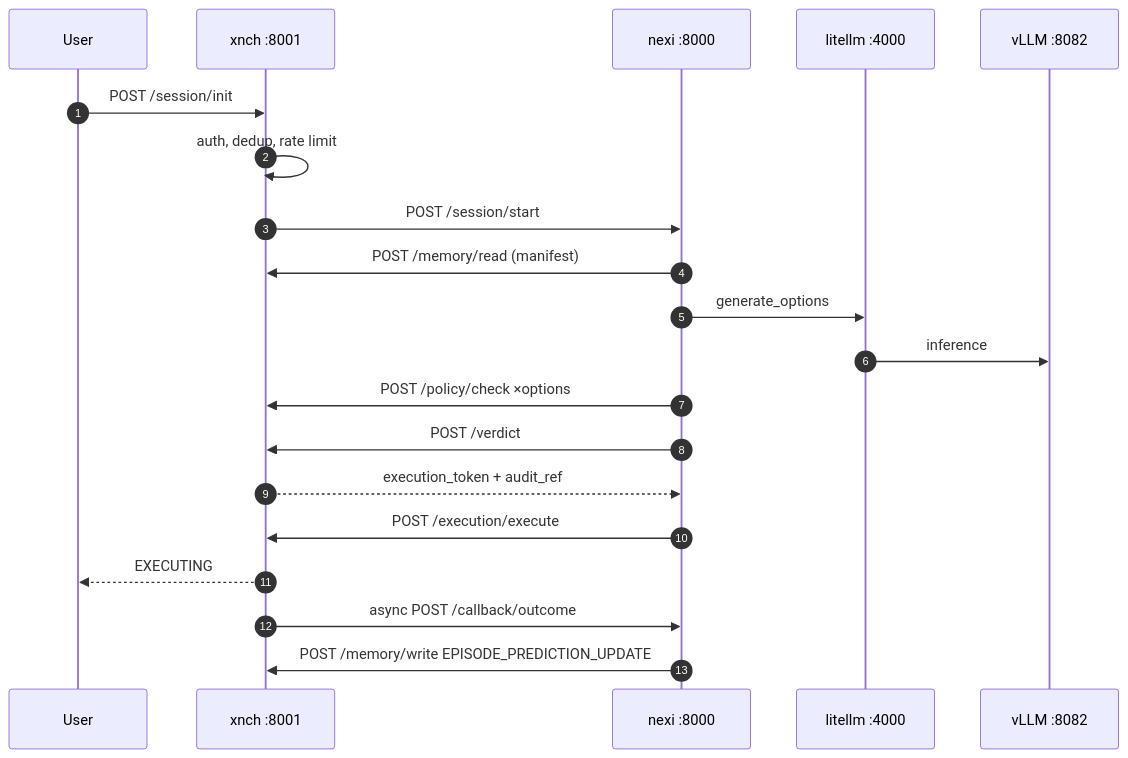
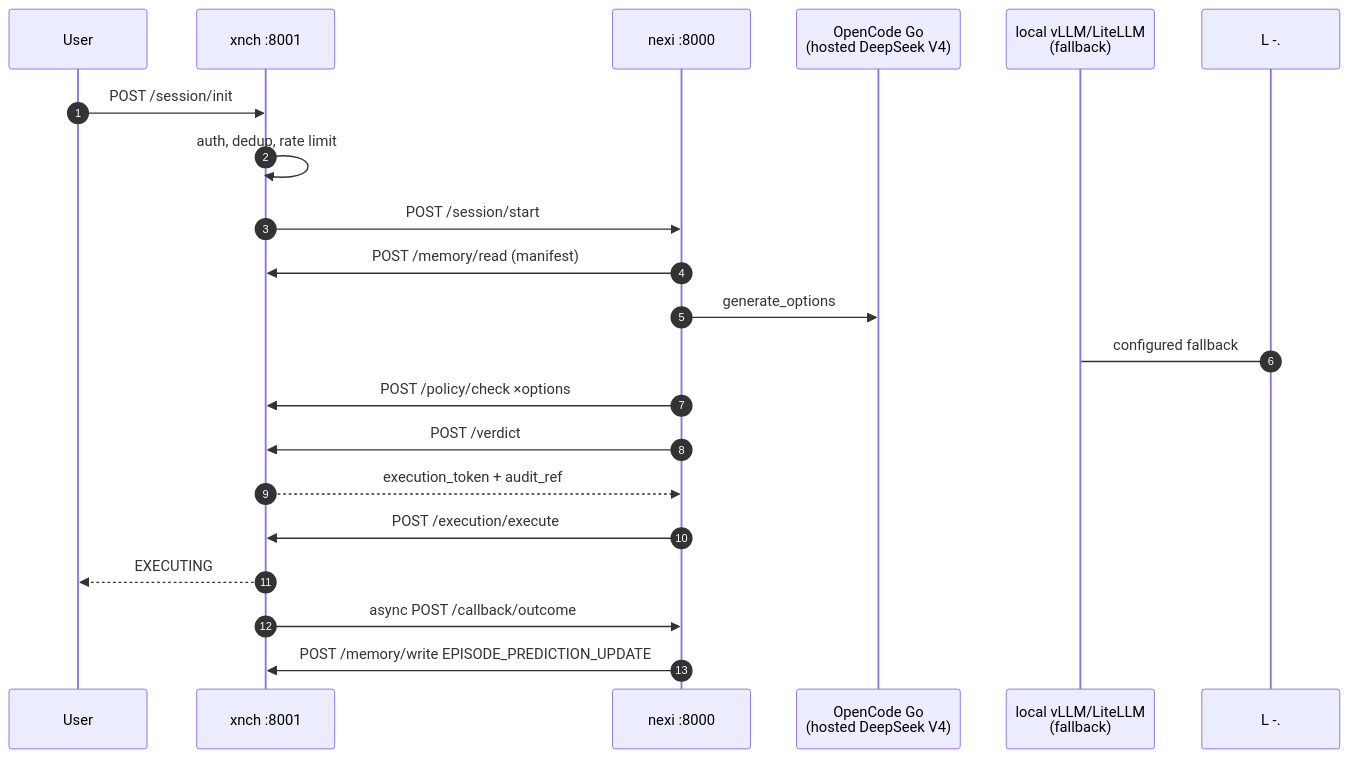
The diagram in docs/architecture/decision-pipeline.md (x-nch/xnchSystems), drawn with Mermaid before and after one commit. The commit also changed other lines of this file and 16 other files, not shown here.

````diff
--- a/docs/architecture/decision-pipeline.md
+++ b/docs/architecture/decision-pipeline.md
@@ -24,22 +25,22 @@
 ```mermaid
 sequenceDiagram
     autonumber
     participant U as User
     participant X as xnch :8001
     participant N as nexi :8000
-    participant L as litellm :4000
-    participant V as vLLM :8082
+    participant L as OpenCode Go<br/>(hosted DeepSeek V4)
+    participant V as local vLLM/LiteLLM<br/>(fallback)
     U->>X: POST /session/init
     X->>X: auth, dedup, rate limit
     X->>N: POST /session/start
     N->>X: POST /memory/read (manifest)
     N->>L: generate_options
-    L->>V: inference
+    L -.-> V: configured fallback
     N->>X: POST /policy/check ×options
     N->>X: POST /verdict
     X-->>N: execution_token + audit_ref
     N->>X: POST /execution/execute
     X-->>U: EXECUTING
     X->>N: async POST /callback/outcome
     N->>X: POST /memory/write EPISODE_PREDICTION_UPDATE
 ```
````
